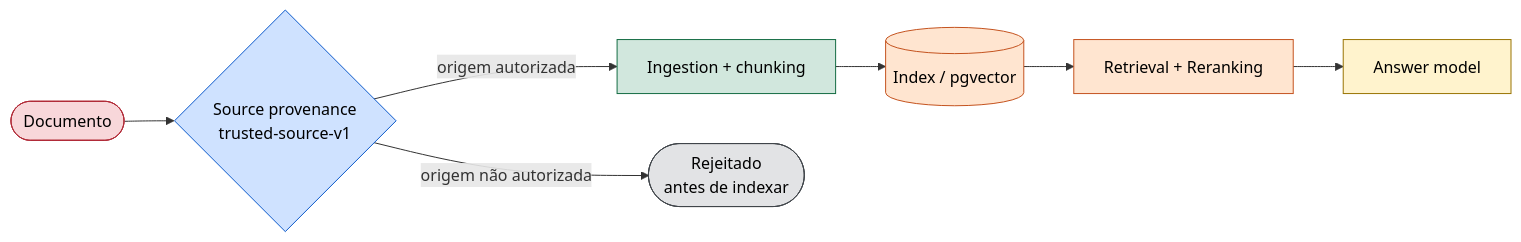
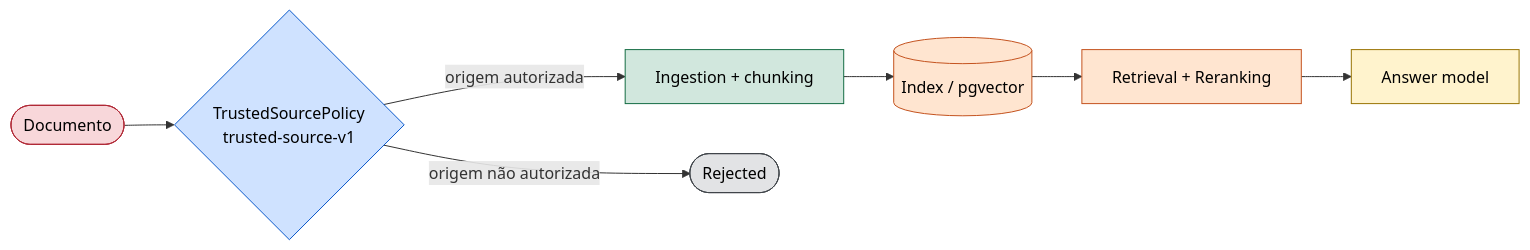
One commit to james-freitas/mba-ia-rag-fullcycle changed the second of 4 diagrams in docs/security-threat-model.md. Above: the diagram before and after it, drawn with Mermaid. The commit also changed other lines of this file, not shown here.

````diff
--- a/docs/security-threat-model.md
+++ b/docs/security-threat-model.md
@@ -88,21 +99,21 @@
 ```mermaid
 flowchart LR
     DOC([Documento]):::untrusted
-    POL{"Source provenance<br/>trusted-source-v1"}:::control
+    POL{"TrustedSourcePolicy<br/>trusted-source-v1"}:::control
     ING[Ingestion + chunking]:::trusted
     IDX[(Index / pgvector)]:::retrieved
     RET[Retrieval + Reranking]:::retrieved
     LLM[Answer model]:::model
-    X([Rejeitado<br/>antes de indexar]):::reject
+    X([Rejected]):::reject
 
     DOC --> POL
     POL -->|"origem autorizada"| ING --> IDX --> RET --> LLM
     POL -->|"origem não autorizada"| X
 
     classDef untrusted fill:#f8d7da,stroke:#b02a37,color:#000;
     classDef trusted fill:#d1e7dd,stroke:#146c43,color:#000;
     classDef retrieved fill:#ffe5d0,stroke:#c4531f,color:#000;
     classDef model fill:#fff3cd,stroke:#997404,color:#000;
     classDef control fill:#cfe2ff,stroke:#0a58ca,color:#000;
     classDef reject fill:#e2e3e5,stroke:#41464b,color:#000;
 ```
````
